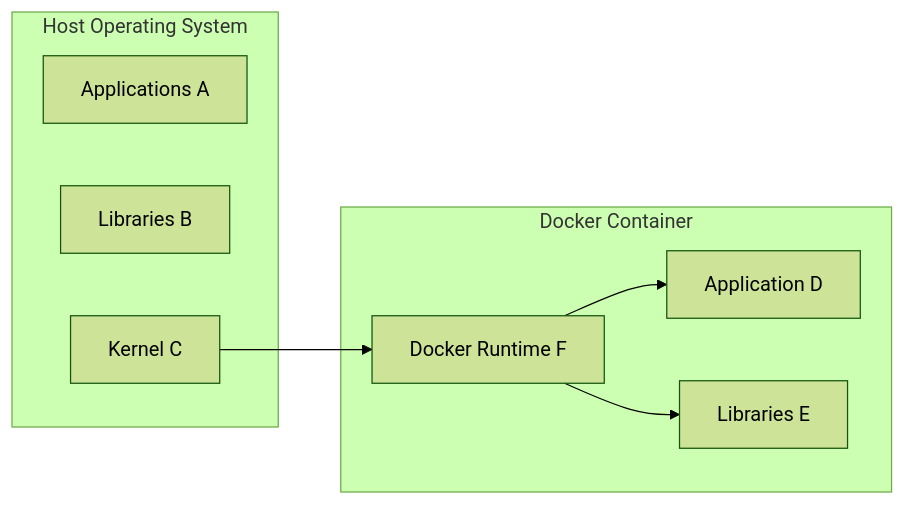
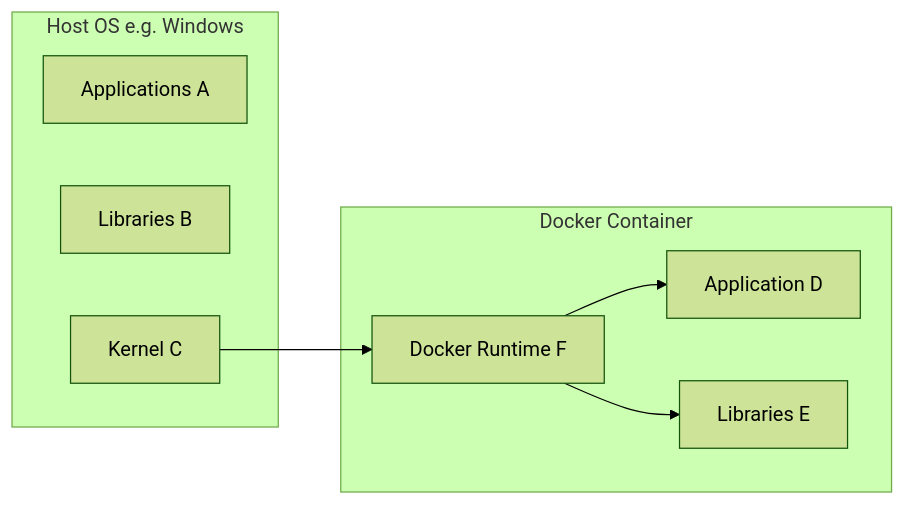
The diagram in E Course/WebDev/_projects/Project 1/Task 1/_slides/Docker.md (Lake-Tuggeranong-College/Holocron), drawn with Mermaid (forest theme) before and after one commit. The commit also changed other lines of this file, not shown here.

````diff
--- a/E Course/WebDev/_projects/Project 1/Task 1/_slides/Docker.md
+++ b/E Course/WebDev/_projects/Project 1/Task 1/_slides/Docker.md
@@ -33,16 +33,16 @@
 ```mermaid
 graph LR
-subgraph Host Operating System
+subgraph Host OS e.g. Windows
     A[Applications A]
     B[Libraries B]
     C[Kernel C]
 end
 subgraph Docker Container
     D[Application D]
     E[Libraries E]
     F[Docker Runtime F]
 end
 C --> F
 F --> D
 F --> E
 ```
````
